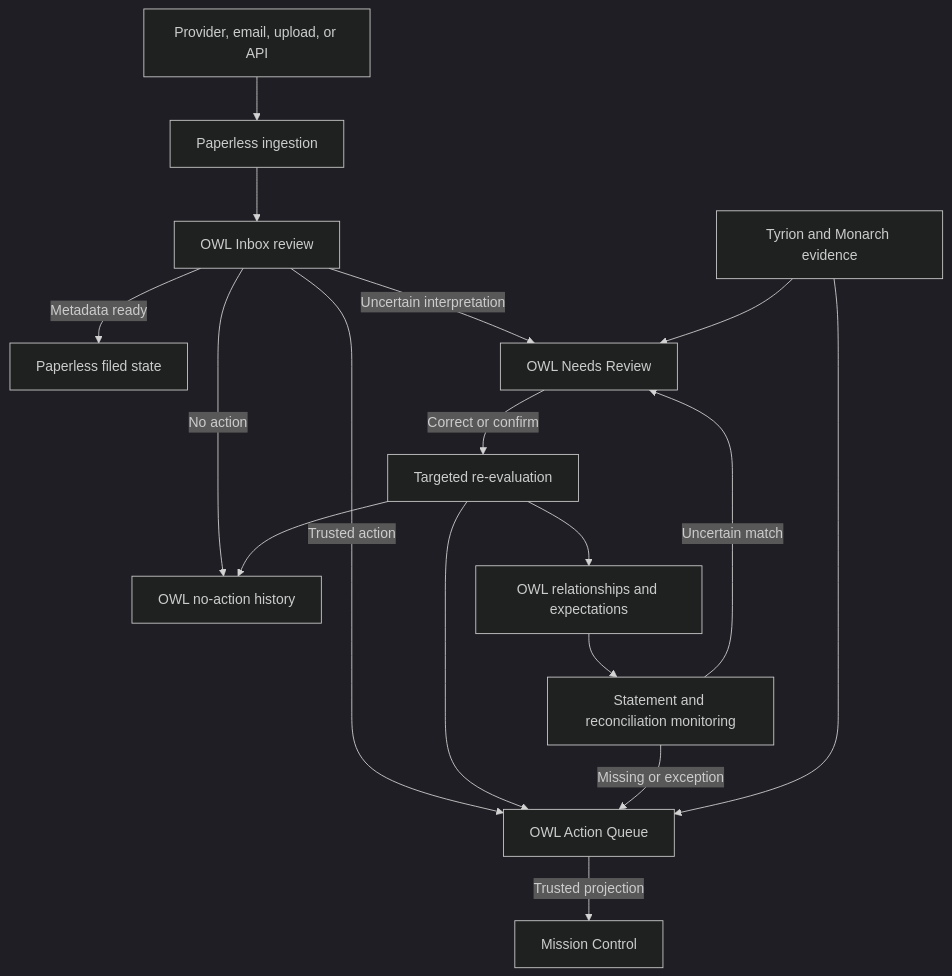
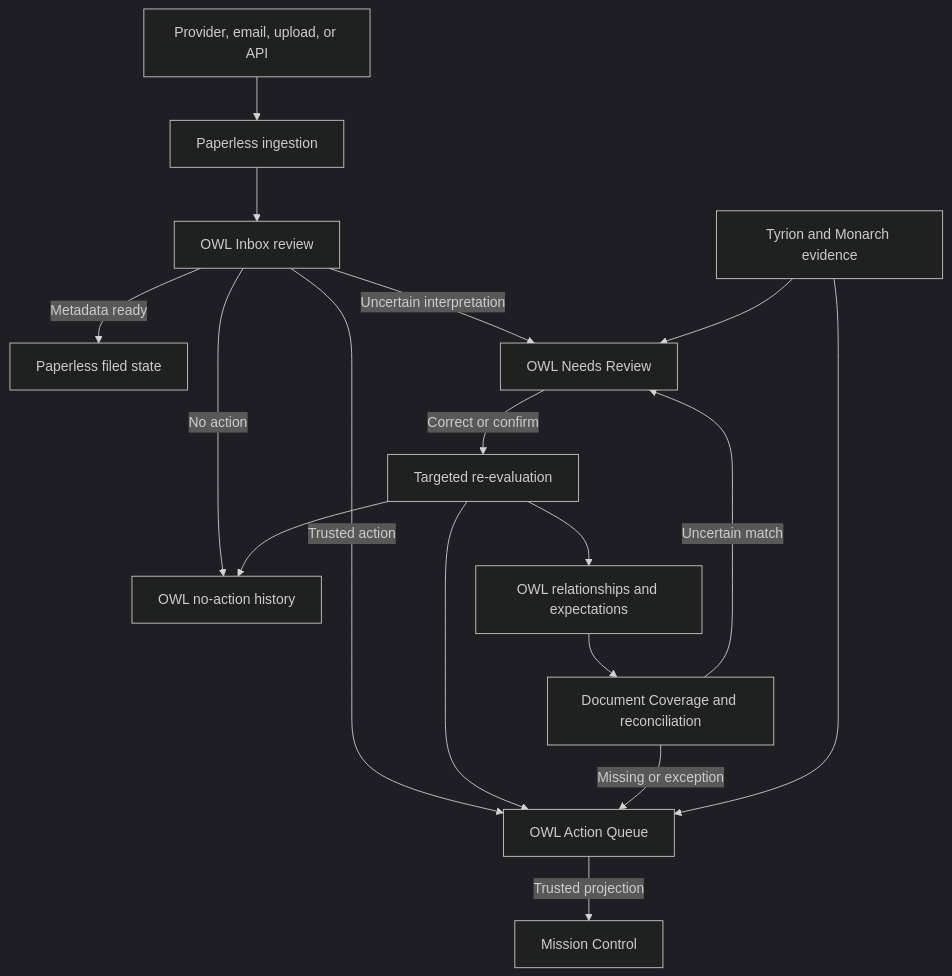
The second of 3 diagrams in docs/design/active/use-case-catalog-and-user-journeys.md (rsocko/owl), drawn with Mermaid (dark theme) before and after one commit. The commit also changed other lines of this file and 5 other files, not shown here.

````diff
--- a/docs/design/active/use-case-catalog-and-user-journeys.md
+++ b/docs/design/active/use-case-catalog-and-user-journeys.md
@@ -457,21 +512,21 @@
 ```mermaid
 flowchart TD
     Acquire[Provider, email, upload, or API] --> Paperless[Paperless ingestion]
     Paperless --> Intake[OWL Inbox review]
     Intake -->|Metadata ready| Filed[Paperless filed state]
     Intake -->|Uncertain interpretation| Review[OWL Needs Review]
     Intake -->|Trusted action| Actions[OWL Action Queue]
     Intake -->|No action| History[OWL no-action history]
 
     Review -->|Correct or confirm| Reevaluate[Targeted re-evaluation]
     Reevaluate --> Actions
     Reevaluate --> History
     Reevaluate --> Relationships[OWL relationships and expectations]
 
     Actions -->|Trusted projection| MC[Mission Control]
-    Relationships --> Monitor[Statement and reconciliation monitoring]
+    Relationships --> Monitor[Document Coverage and reconciliation]
     Monitor -->|Missing or exception| Actions
     Monitor -->|Uncertain match| Review
     Tyrion[Tyrion and Monarch evidence] --> Review
     Tyrion --> Actions
 ```
````
